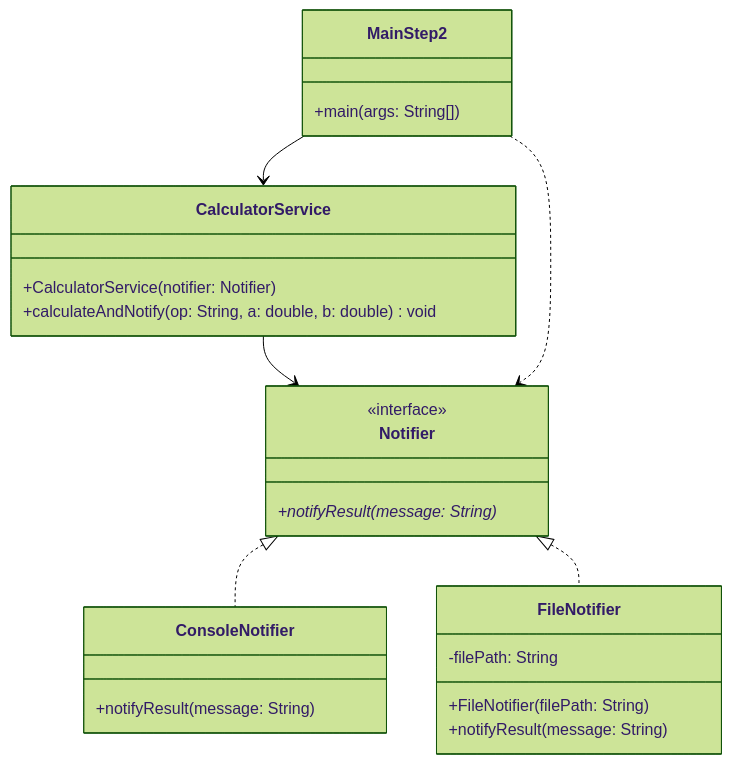
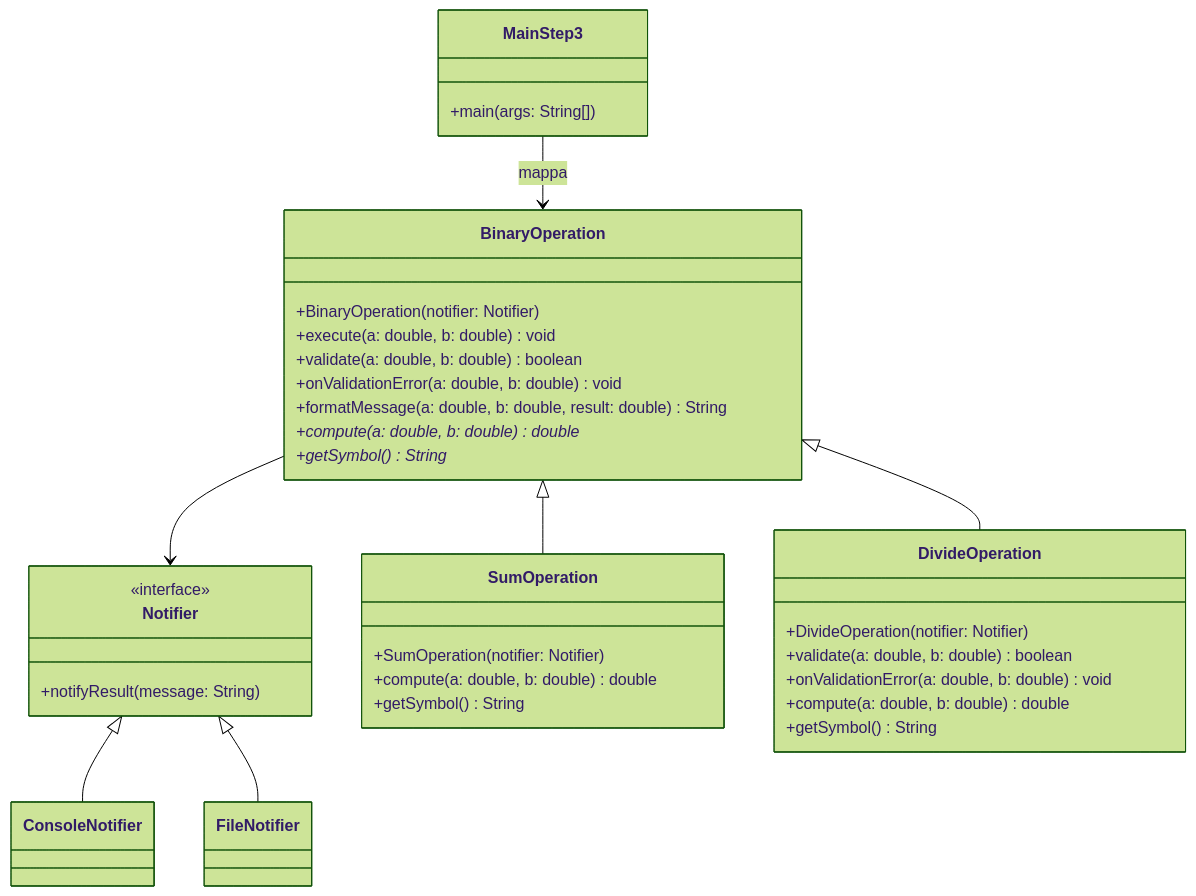
The diagram in operational-registry/docs/uml-class-diagram.mmd (il-prof-f-a/operational-registry-git-example), drawn with Mermaid (forest theme) before and after one commit. The commit also changed 8 other files, not shown here.

```diff
--- a/operational-registry/docs/uml-class-diagram.mmd
+++ b/operational-registry/docs/uml-class-diagram.mmd
@@ -1,26 +1,40 @@
 classDiagram
 class Notifier {
   <<interface>>
-  +notifyResult(message: String)*
-}
-class ConsoleNotifier {
   +notifyResult(message: String)
 }
-class FileNotifier {
-  -filePath: String
-  +FileNotifier(filePath: String)
-  +notifyResult(message: String)
+
+class BinaryOperation {
+  +BinaryOperation(notifier: Notifier)
+  +execute(a: double, b: double) void
+  +validate(a: double, b: double) boolean
+  +onValidationError(a: double, b: double) void
+  +formatMessage(a: double, b: double, result: double) String
+  +compute(a: double, b: double) double*
+  +getSymbol() String*
 }
-class CalculatorService {
-  +CalculatorService(notifier: Notifier)
-  +calculateAndNotify(op: String, a: double, b: double) void
+
+class SumOperation {
+  +SumOperation(notifier: Notifier)
+  +compute(a: double, b: double) double
+  +getSymbol() String
 }
-class MainStep2 {
+
+class DivideOperation {
+  +DivideOperation(notifier: Notifier)
+  +validate(a: double, b: double) boolean
+  +onValidationError(a: double, b: double) void
+  +compute(a: double, b: double) double
+  +getSymbol() String
+}
+
+class MainStep3 {
   +main(args: String[])
 }
 
-Notifier <|.. ConsoleNotifier
-Notifier <|.. FileNotifier
-CalculatorService --> Notifier
-MainStep2 --> CalculatorService
-MainStep2 ..> Notifier
+Notifier <|-- ConsoleNotifier
+Notifier <|-- FileNotifier
+BinaryOperation <|-- SumOperation
+BinaryOperation <|-- DivideOperation
+MainStep3 --> BinaryOperation : mappa
+BinaryOperation --> Notifier
```
